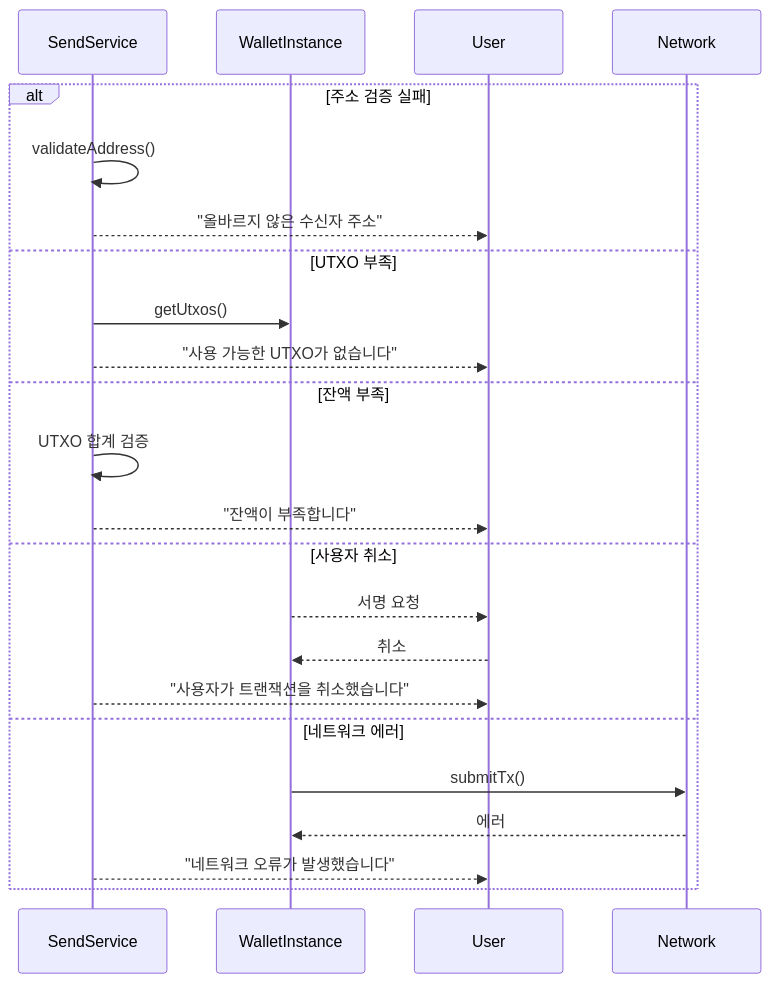
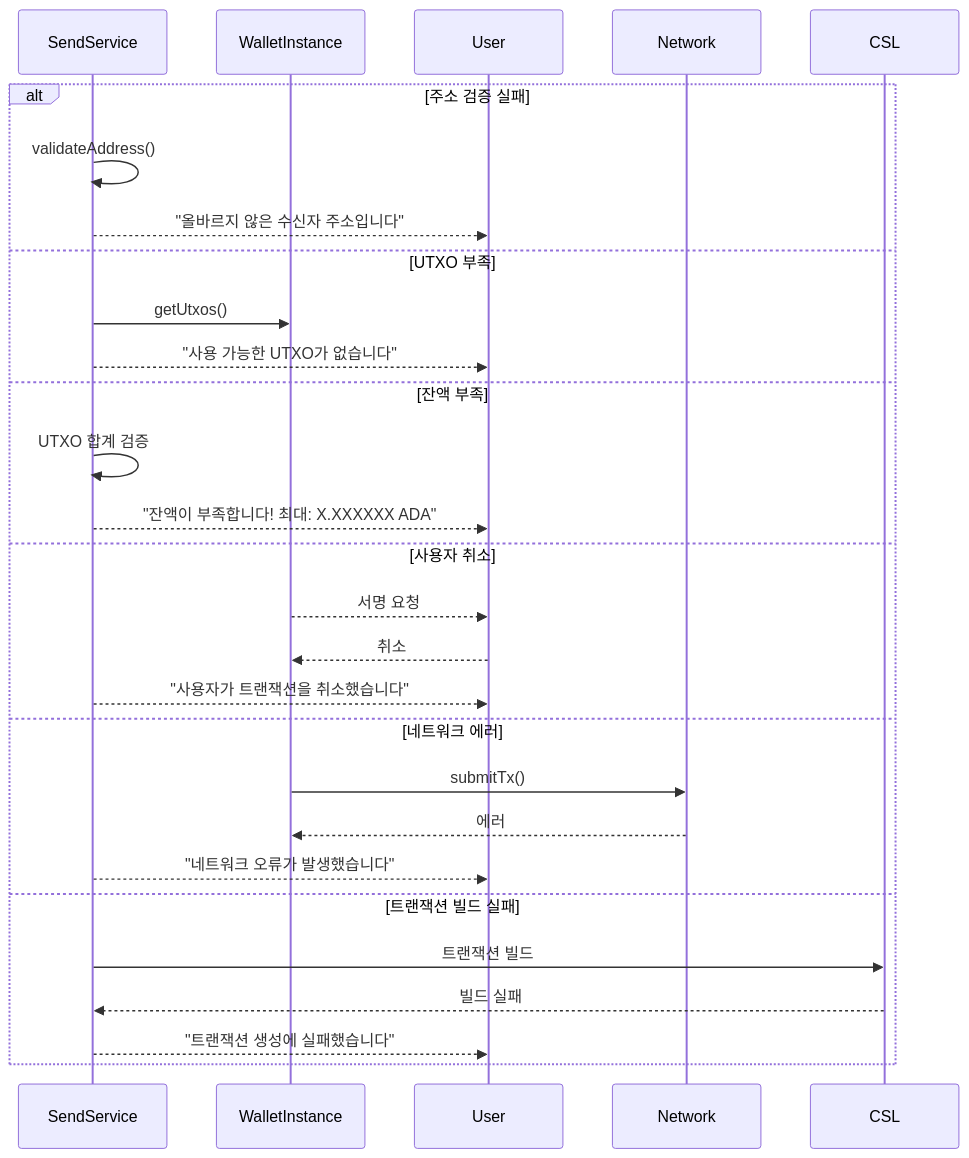
The third of 6 diagrams in docs/send-sequence.md (HyeonHo-Park/cardano-basic-dapp-1), drawn with Mermaid before and after one commit. The commit also changed other lines of this file and 30 other files, not shown here.

````diff
--- a/docs/send-sequence.md
+++ b/docs/send-sequence.md
@@ -51,25 +70,29 @@
 ```mermaid
 sequenceDiagram
     participant SendService
     participant WalletInstance
     participant User
 
     alt 주소 검증 실패
         SendService->>SendService: validateAddress()
-        SendService-->>User: "올바르지 않은 수신자 주소"
+        SendService-->>User: "올바르지 않은 수신자 주소입니다"
     else UTXO 부족
         SendService->>WalletInstance: getUtxos()
         SendService-->>User: "사용 가능한 UTXO가 없습니다"
     else 잔액 부족
         SendService->>SendService: UTXO 합계 검증
-        SendService-->>User: "잔액이 부족합니다"
+        SendService-->>User: "잔액이 부족합니다! 최대: X.XXXXXX ADA"
     else 사용자 취소
         WalletInstance-->>User: 서명 요청
         User-->>WalletInstance: 취소
         SendService-->>User: "사용자가 트랜잭션을 취소했습니다"
     else 네트워크 에러
         WalletInstance->>Network: submitTx()
         Network-->>WalletInstance: 에러
         SendService-->>User: "네트워크 오류가 발생했습니다"
+    else 트랜잭션 빌드 실패
+        SendService->>CSL: 트랜잭션 빌드
+        CSL-->>SendService: 빌드 실패
+        SendService-->>User: "트랜잭션 생성에 실패했습니다"
     end
 ```
````
